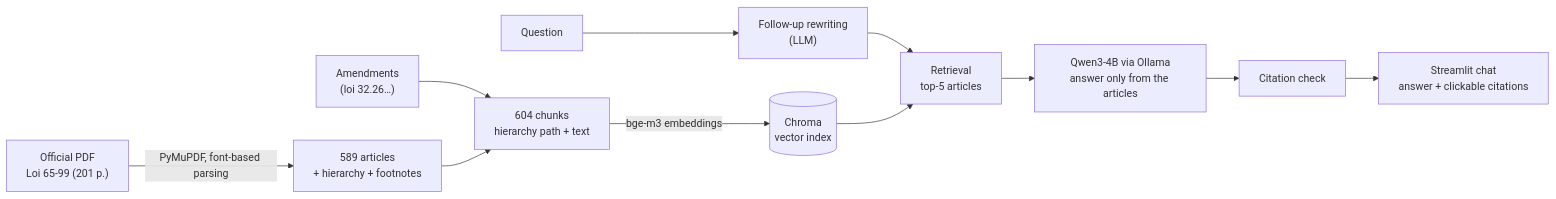
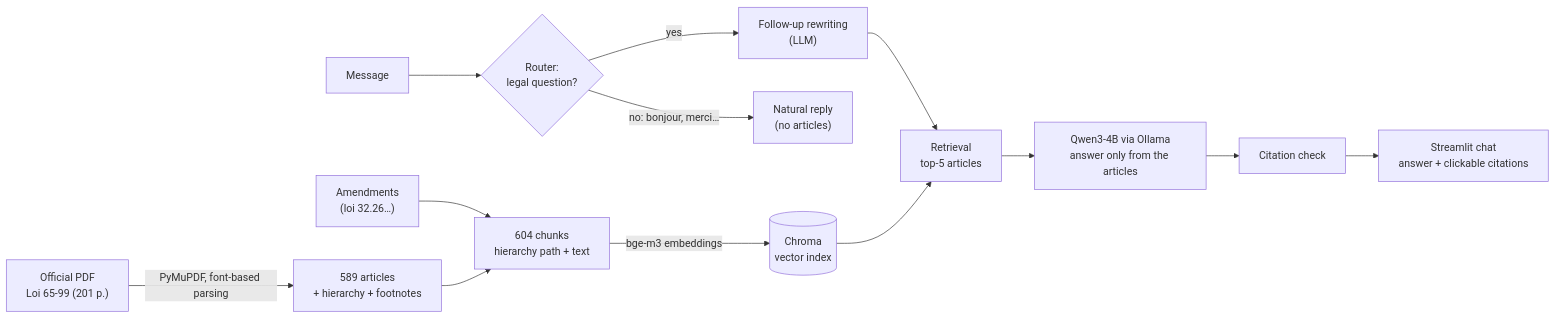
The diagram in README.md (Yassinejarradi/assistant-code-du-travail), drawn with Mermaid before and after one commit. The commit also changed other lines of this file and 3 other files, not shown here.

````diff
--- a/README.md
+++ b/README.md
@@ -31,13 +34,15 @@
 ```mermaid
 flowchart LR
     PDF["Official PDF<br/>Loi 65-99 (201 p.)"] -->|PyMuPDF, font-based parsing| ART["589 articles<br/>+ hierarchy + footnotes"]
     AMD["Amendments<br/>(loi 32.26…)"] --> CH
     ART --> CH["604 chunks<br/>hierarchy path + text"]
     CH -->|bge-m3 embeddings| DB[("Chroma<br/>vector index")]
-    Q["Question"] --> RW["Follow-up rewriting<br/>(LLM)"]
+    Q["Message"] --> RT{"Router:<br/>legal question?"}
+    RT -->|no: bonjour, merci…| CHAT["Natural reply<br/>(no articles)"]
+    RT -->|yes| RW["Follow-up rewriting<br/>(LLM)"]
     RW --> RET["Retrieval<br/>top-5 articles"]
     DB --> RET
     RET --> LLM["Qwen3-4B via Ollama<br/>answer only from the articles"]
     LLM --> CHK["Citation check"]
     CHK --> UI["Streamlit chat<br/>answer + clickable citations"]
 ```
````
